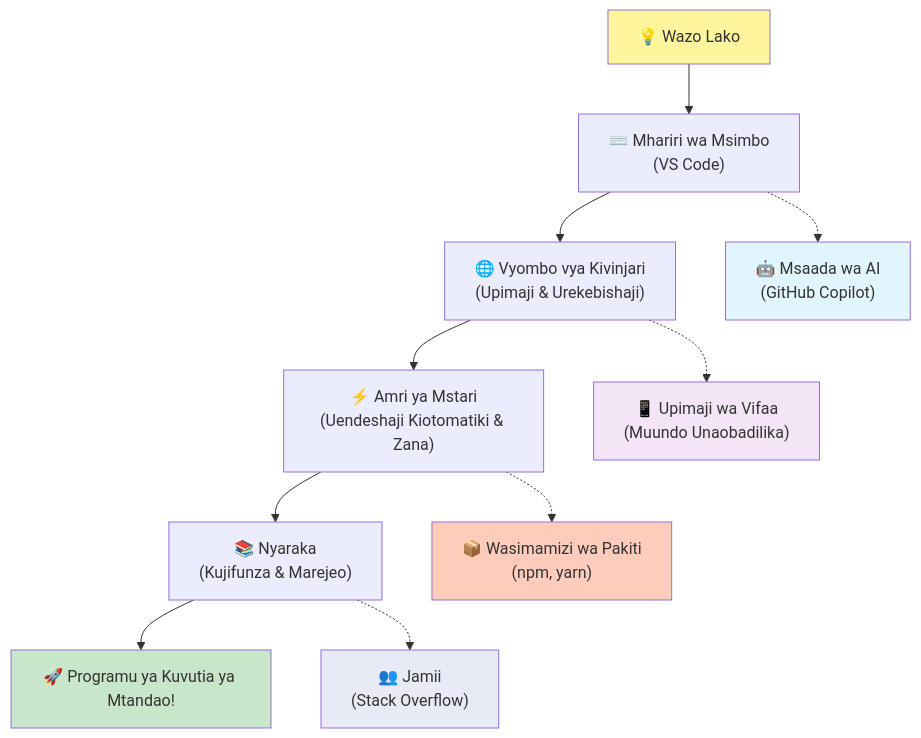
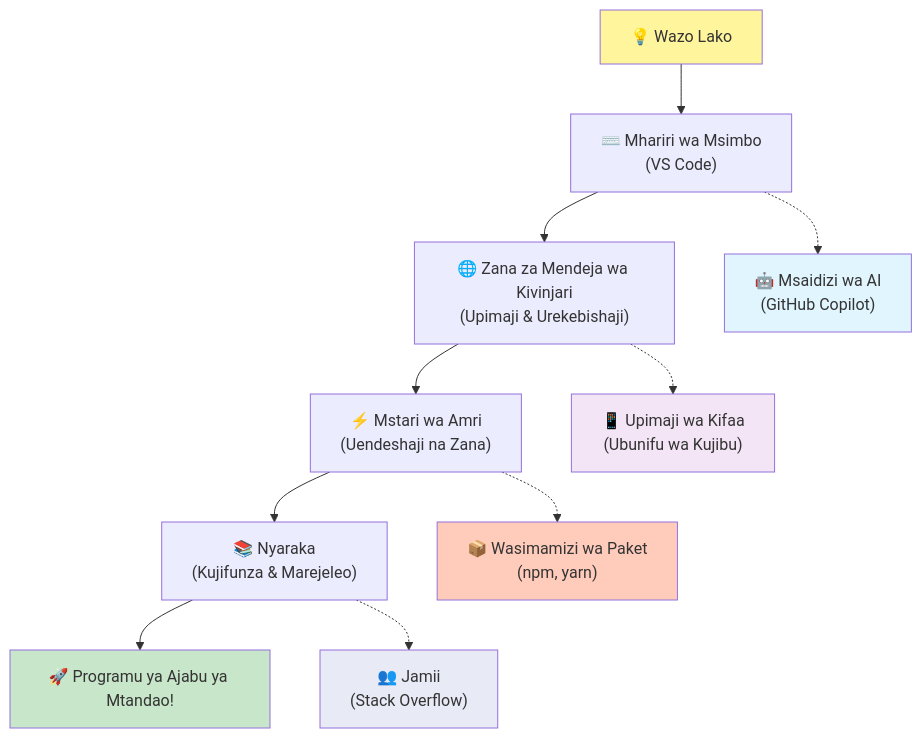
Before and after one commit to microsoft/Web-Dev-For-Beginners: the fifth of 7 diagrams in translations/sw/1-getting-started-lessons/1-intro-to-programming-languages/README.md, drawn with Mermaid. The commit also changed other lines of this file and 8 other files, not shown here.

````diff
--- a/translations/sw/1-getting-started-lessons/1-intro-to-programming-languages/README.md
+++ b/translations/sw/1-getting-started-lessons/1-intro-to-programming-languages/README.md
@@ -487,20 +487,20 @@
 ```mermaid
 graph TD
     A["💡 Wazo Lako"] --> B["⌨️ Mhariri wa Msimbo<br/>(VS Code)"] 
-    B --> C["🌐 Vyombo vya Kivinjari<br/>(Upimaji & Urekebishaji)"]
-    C --> D["⚡ Amri ya Mstari<br/>(Uendeshaji Kiotomatiki & Zana)"]
-    D --> E["📚 Nyaraka<br/>(Kujifunza & Marejeo)"]
-    E --> F["🚀 Programu ya Kuvutia ya Mtandao!"]
+    B --> C["🌐 Zana za Mendeja wa Kivinjari<br/>(Upimaji & Urekebishaji)"]
+    C --> D["⚡ Mstari wa Amri<br/>(Uendeshaji na Zana)"]
+    D --> E["📚 Nyaraka<br/>(Kujifunza & Marejeleo)"]
+    E --> F["🚀 Programu ya Ajabu ya Mtandao!"]
     
-    B -.-> G["🤖 Msaada wa AI<br/>(GitHub Copilot)"]
-    C -.-> H["📱 Upimaji wa Vifaa<br/>(Muundo Unaobadilika)"]
-    D -.-> I["📦 Wasimamizi wa Pakiti<br/>(npm, yarn)"]
+    B -.-> G["🤖 Msaidizi wa AI<br/>(GitHub Copilot)"]
+    C -.-> H["📱 Upimaji wa Kifaa<br/>(Ubunifu wa Kujibu)"]
+    D -.-> I["📦 Wasimamizi wa Paket<br/>(npm, yarn)"]
     E -.-> J["👥 Jamii<br/>(Stack Overflow)"]
     
     style A fill:#fff59d
     style F fill:#c8e6c9
     style G fill:#e1f5fe
     style H fill:#f3e5f5
     style I fill:#ffccbc
     style J fill:#e8eaf6
 ```
````
